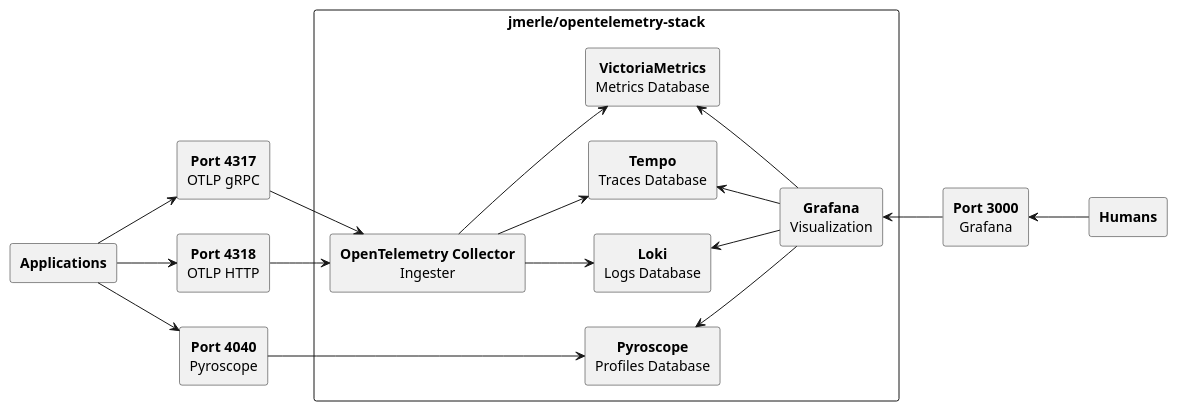
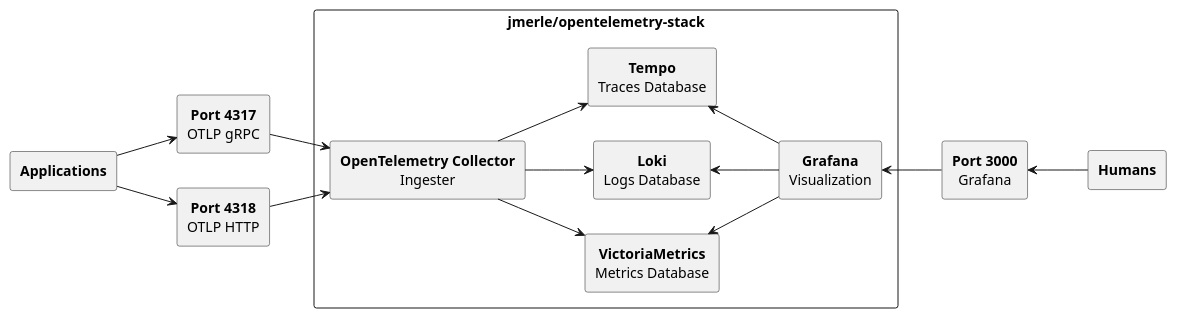
Before and after one commit to jmerle/docker-opentelemetry-stack: the diagram in media/overview.plantuml, drawn with PlantUML. The commit also changed 11 other files, not shown here.

Commit message:
Remove Pyroscope, fix Grafana data sources config

```diff
--- a/media/overview.plantuml
+++ b/media/overview.plantuml
@@ -1,43 +1,36 @@
 @startuml overview
 left to right direction
 skinparam defaultTextAlignment center
 
 rectangle "<b>Applications</b>" as Apps
 rectangle "<b>Humans</b>" as Humans
 
 rectangle "<b>Port 4317</b>\nOTLP gRPC" as Port4317
 rectangle "<b>Port 4318</b>\nOTLP HTTP" as Port4318
-rectangle "<b>Port 4040</b>\nPyroscope" as Port4040
 rectangle "<b>Port 3000</b>\nGrafana" as Port3000
 
 rectangle "jmerle/opentelemetry-stack" {
     rectangle "<b>OpenTelemetry Collector</b>\nIngester" as OTelCol
     rectangle "<b>VictoriaMetrics</b>\nMetrics Database" as VictoriaMetrics
     rectangle "<b>Loki</b>\nLogs Database" as Loki
     rectangle "<b>Tempo</b>\nTraces Database" as Tempo
-    rectangle "<b>Pyroscope</b>\nProfiles Database" as Pyroscope
     rectangle "<b>Grafana</b>\nVisualization" as Grafana
 }
 
 Apps --> Port4317
 Apps --> Port4318
-Apps --> Port4040
 
 Port4317 --> OTelCol
 Port4318 --> OTelCol
-Port4040 -[hidden]-> OTelCol
-Port4040 --> Pyroscope
 
 OTelCol --> VictoriaMetrics
 OTelCol --> Tempo
 OTelCol --> Loki
-OTelCol -[hidden]-> Pyroscope
 
 VictoriaMetrics <-- Grafana
 Tempo <-- Grafana
 Loki <-- Grafana
-Pyroscope <-- Grafana
 
 Grafana <-- Port3000
 Port3000 <-- Humans
 @enduml
```
